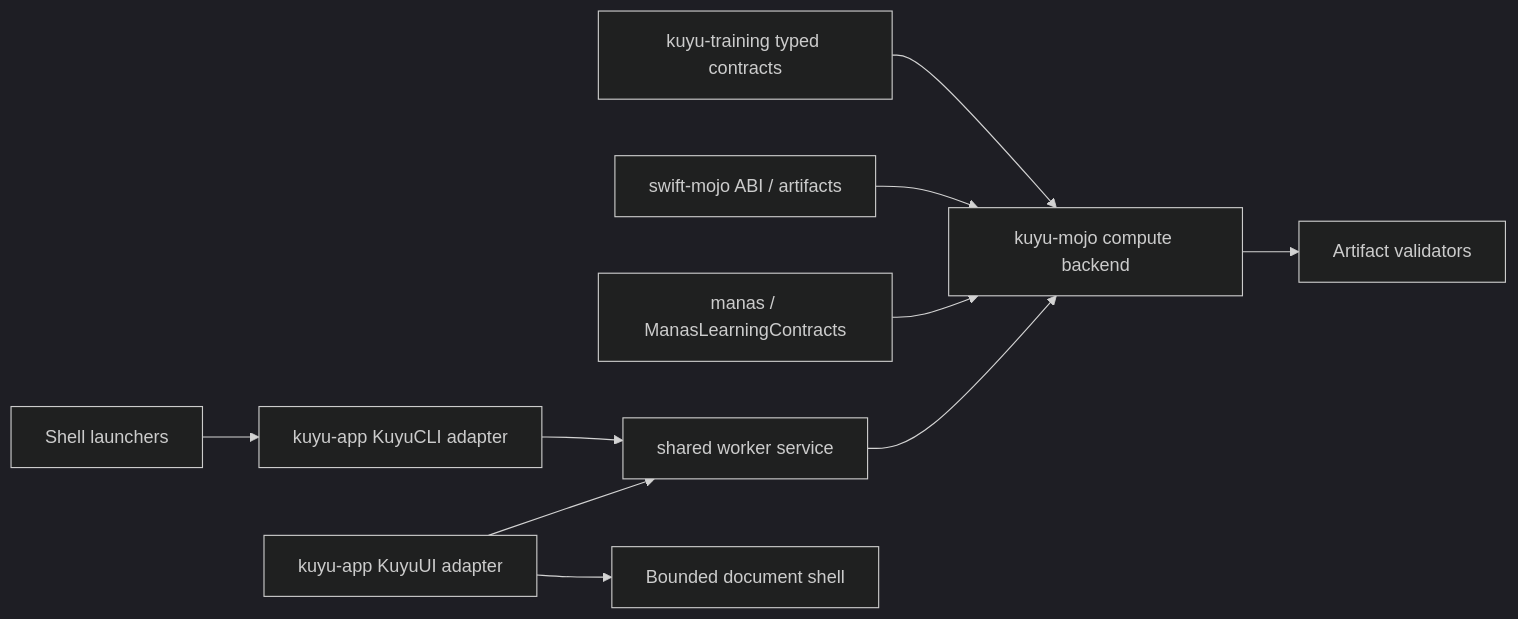
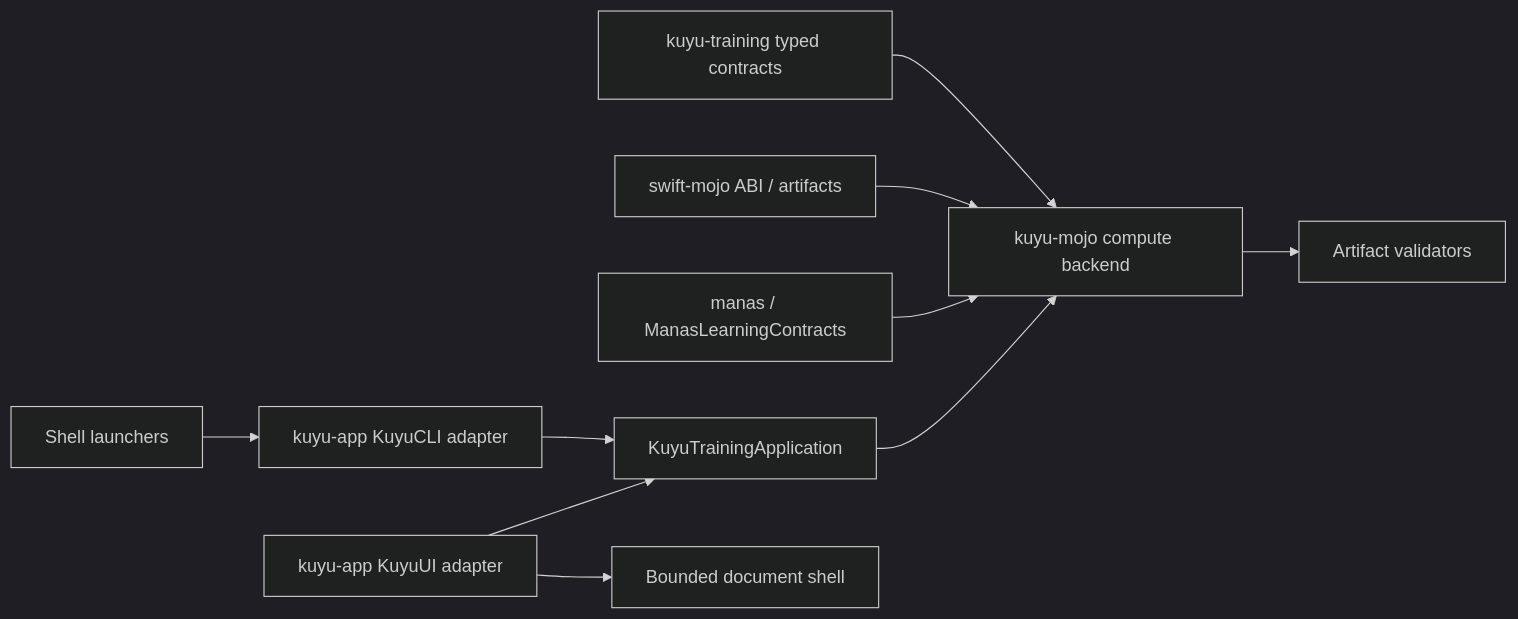
One commit to 1amageek/kuyu changed the first of 2 diagrams in SPEC.md. Above: the diagram before and after it, drawn with Mermaid (dark theme). The commit also changed other lines of this file and 274 other files, not shown here.

````diff
--- a/SPEC.md
+++ b/SPEC.md
@@ -68,12 +65,12 @@
 ```mermaid
 flowchart LR
   A["kuyu-training typed contracts"] --> B["kuyu-mojo compute backend"]
   S["swift-mojo ABI / artifacts"] --> B
   M["manas / ManasLearningContracts"] --> B
-  C["kuyu-app KuyuCLI adapter"] --> W["shared worker service"]
+  C["kuyu-app KuyuCLI adapter"] --> W["KuyuTrainingApplication"]
   D["kuyu-app KuyuUI adapter"] --> W
   W --> B
   D --> E["Bounded document shell"]
   B --> F["Artifact validators"]
   G["Shell launchers"] --> C
 ```
````
